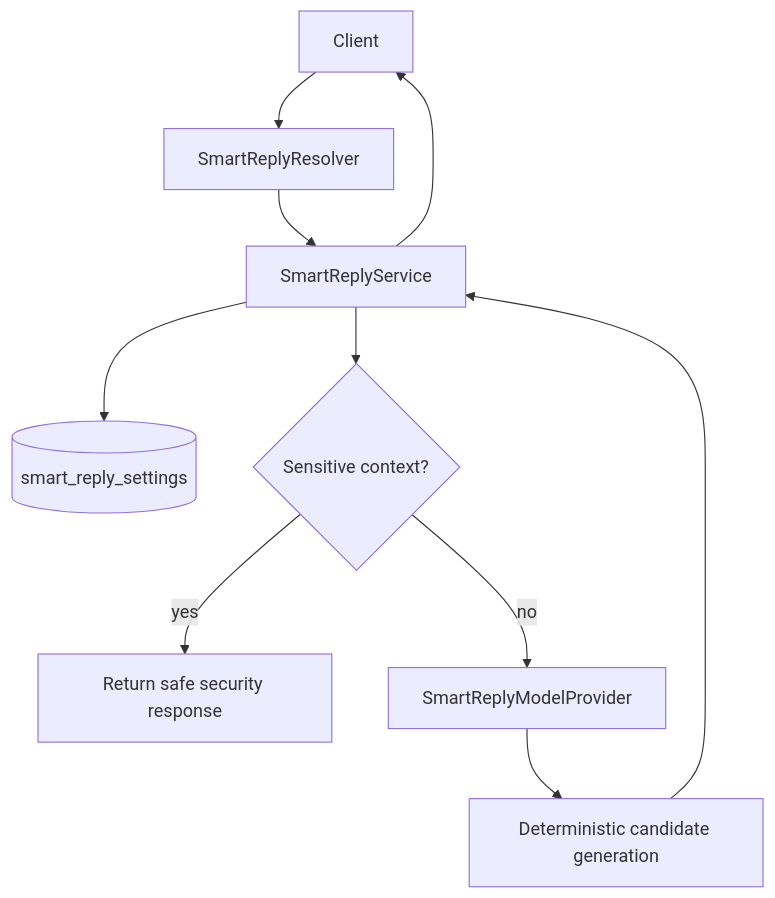
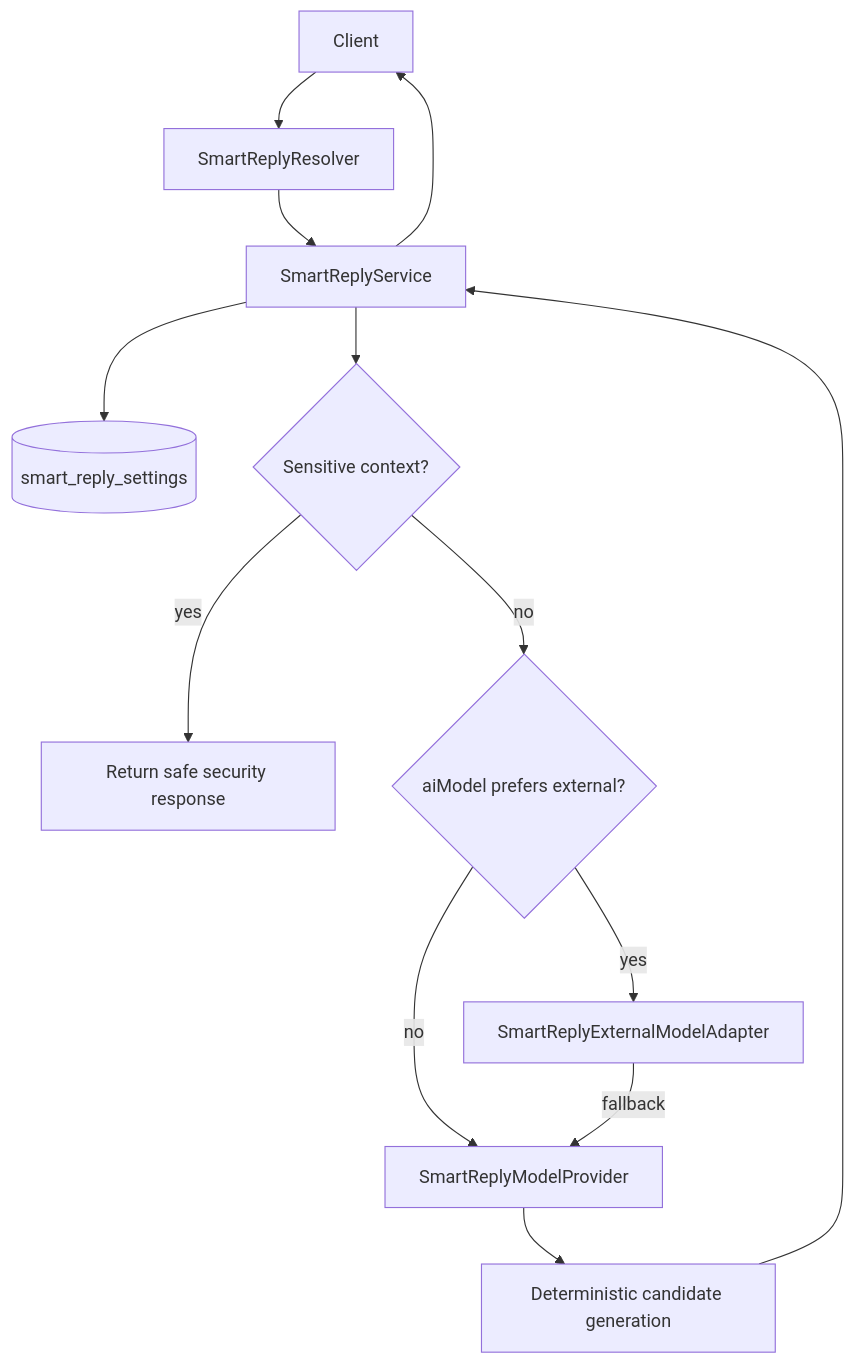
One commit to AmanVatsSharma/MailZen-Smart-Email-Management changed the diagram in apps/backend/src/smart-replies/README.md. Above: the diagram before and after it, drawn with Mermaid. The commit also changed other lines of this file and 5 other files, not shown here.

Commit message:
Add external model adapter scaffold for smart replies

````diff
--- a/apps/backend/src/smart-replies/README.md
+++ b/apps/backend/src/smart-replies/README.md
@@ -27,12 +28,15 @@
 ```mermaid
 flowchart TD
   Client --> Resolver[SmartReplyResolver]
   Resolver --> Service[SmartReplyService]
   Service --> Settings[(smart_reply_settings)]
   Service --> Safety{Sensitive context?}
   Safety -->|yes| SafeReply[Return safe security response]
-  Safety -->|no| ModelProvider[SmartReplyModelProvider]
+  Safety -->|no| ModelRouter{aiModel prefers external?}
+  ModelRouter -->|yes| ExternalAdapter[SmartReplyExternalModelAdapter]
+  ModelRouter -->|no| ModelProvider[SmartReplyModelProvider]
+  ExternalAdapter -->|fallback| ModelProvider
   ModelProvider --> DeterministicCandidates[Deterministic candidate generation]
   DeterministicCandidates --> Service
   Service --> Client
 ```
````
